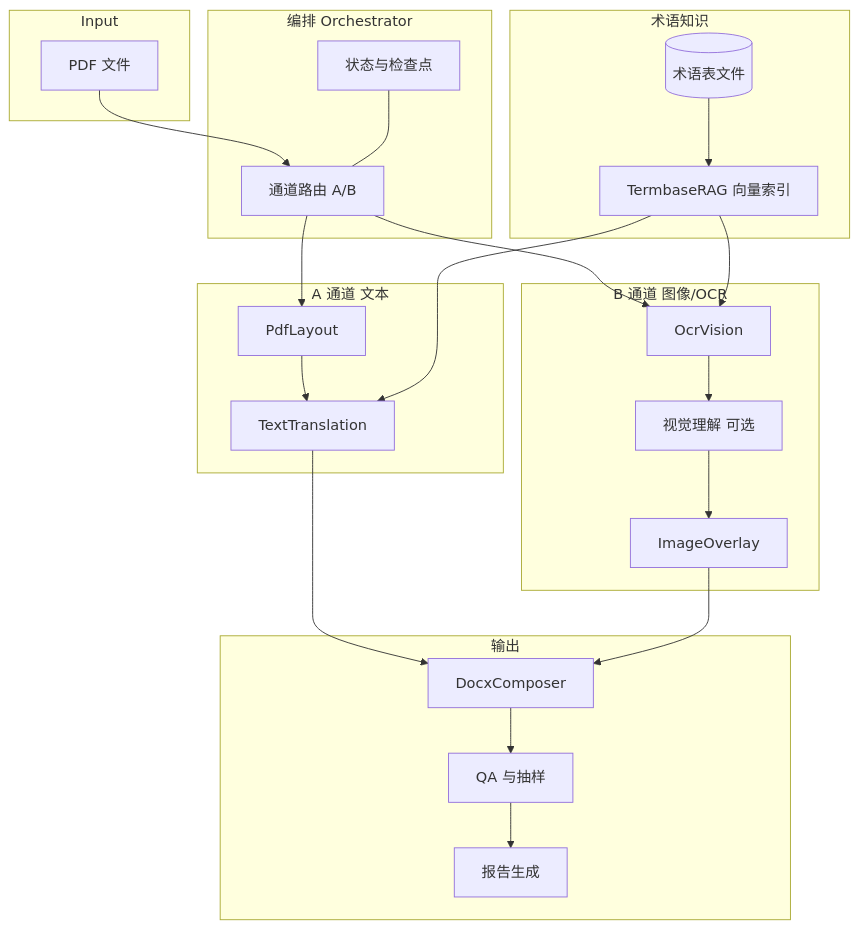
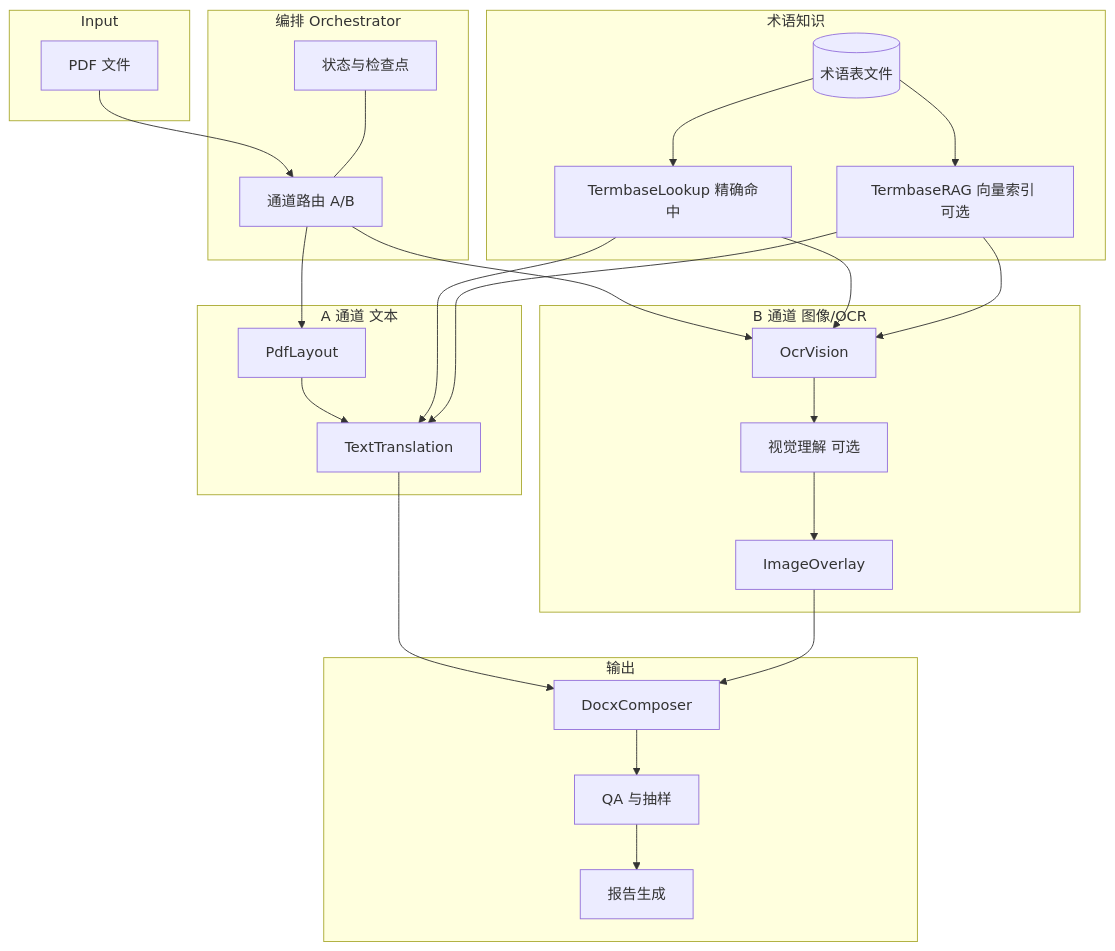
The diagram in docs/solutions/transpdf-design.zh-CN.md (et2333/transpdf), drawn with Mermaid before and after one commit. The commit also changed other lines of this file and 1 other file, not shown here.

Commit message:
docs: align design/plan with lookup-first termbase and agents layout

````diff
--- a/docs/solutions/transpdf-design.zh-CN.md
+++ b/docs/solutions/transpdf-design.zh-CN.md
@@ -25,42 +25,46 @@
 ```mermaid
 flowchart TB
   subgraph Input
     PDF[PDF 文件]
   end
   subgraph Orchestrator[编排 Orchestrator]
     ROUTER[通道路由 A/B]
     STATE[状态与检查点]
   end
   subgraph ChannelA[A 通道 文本]
     LAYOUT[PdfLayout]
     TXT[TextTranslation]
   end
   subgraph ChannelB[B 通道 图像/OCR]
     OCR[OcrVision]
     VIS[视觉理解 可选]
     OVL[ImageOverlay]
   end
   subgraph Knowledge[术语知识]
     TB[(术语表文件)]
-    RAG[TermbaseRAG 向量索引]
+    LOOKUP[TermbaseLookup 精确命中]
+    RAG[TermbaseRAG 向量索引 可选]
   end
   subgraph Output[输出]
     DOCX[DocxComposer]
     QA[QA 与抽样]
     REP[报告生成]
   end
   PDF --> ROUTER
   ROUTER --> LAYOUT
   ROUTER --> OCR
   LAYOUT --> TXT
   OCR --> VIS
   VIS --> OVL
+  TB --> LOOKUP
+  LOOKUP --> TXT
+  LOOKUP --> OCR
   TB --> RAG
   RAG --> TXT
   RAG --> OCR
   TXT --> DOCX
   OVL --> DOCX
   DOCX --> QA
   QA --> REP
   STATE --- ROUTER
 ```
````
